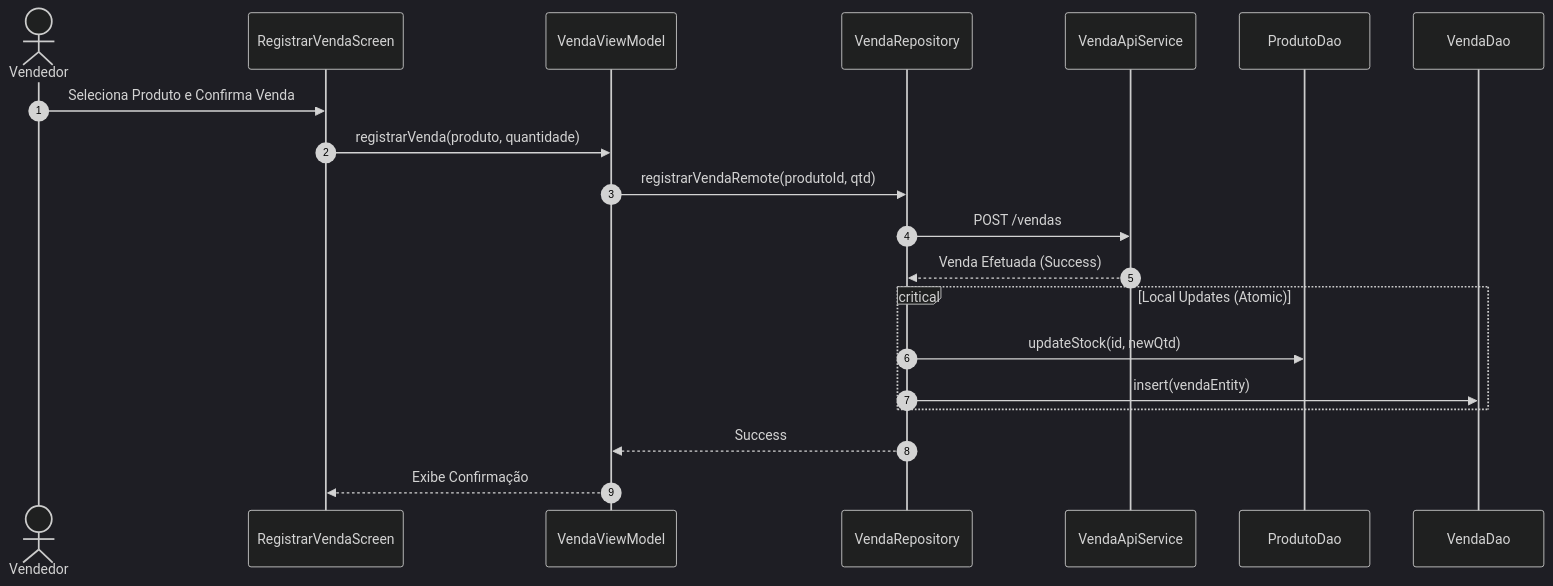
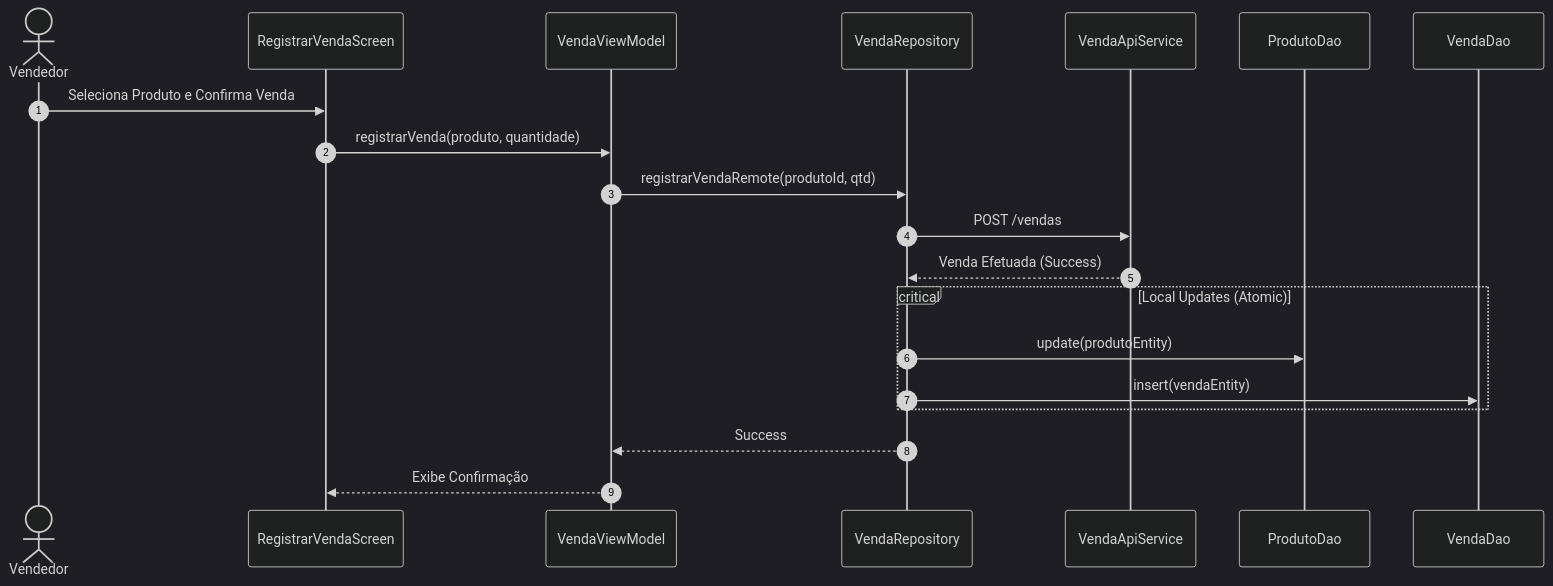
The seventh of 9 diagrams in docs/mermaid_diagrams.md (Guilherme-xDEV/projeto-pdm-app-artesao), drawn with Mermaid (dark theme) before and after one commit. The commit also changed other lines of this file and 2 other files, not shown here.

Commit message:
docs: mermaid diagrams

````diff
--- a/docs/mermaid_diagrams.md
+++ b/docs/mermaid_diagrams.md
@@ -195,26 +347,26 @@
 ```mermaid
 sequenceDiagram
     autonumber
     actor User as Vendedor
     participant UI as RegistrarVendaScreen
     participant VM as VendaViewModel
     participant Repo as VendaRepository
     participant VAPI as VendaApiService
     participant PDB as ProdutoDao
     participant VDB as VendaDao
 
     User->>UI: Seleciona Produto e Confirma Venda
     UI->>VM: registrarVenda(produto, quantidade)
     VM->>Repo: registrarVendaRemote(produtoId, qtd)
     
     Repo->>VAPI: POST /vendas
     VAPI-->>Repo: Venda Efetuada (Success)
     
     critical Local Updates (Atomic)
-        Repo->>PDB: updateStock(id, newQtd)
+        Repo->>PDB: update(produtoEntity)
         Repo->>VDB: insert(vendaEntity)
     end
     
     Repo-->>VM: Success
     VM-->>UI: Exibe Confirmação
 ```
````
